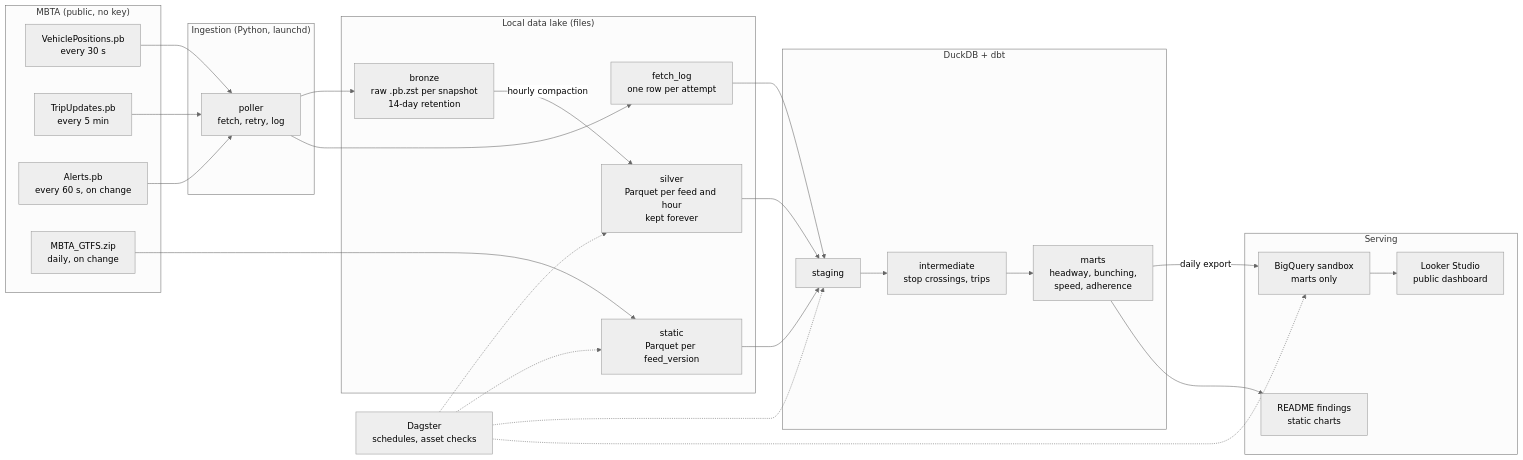
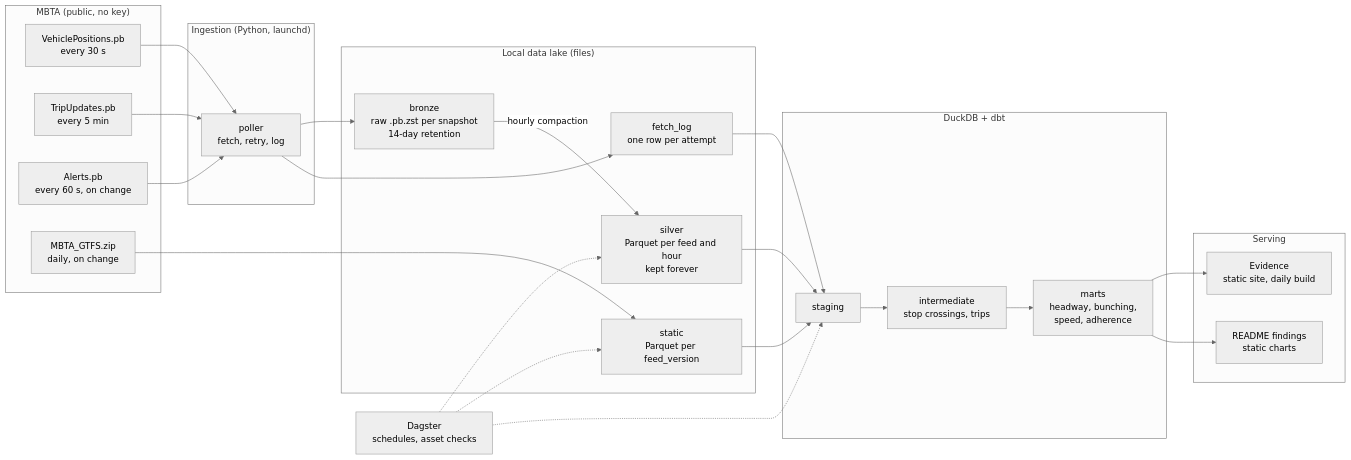
One commit to elDiego5599/mbta-reliability-pipeline changed the diagram in docs/architecture.md. Above: the diagram before and after it, drawn with Mermaid (neutral theme). The commit also changed other lines of this file and 7 other files, not shown here.

First line of the commit message:
Update docs to an Evidence dashboard on DuckDB

````diff
--- a/docs/architecture.md
+++ b/docs/architecture.md
@@ -22,46 +22,44 @@
 ```mermaid
 flowchart LR
     subgraph MBTA["MBTA (public, no key)"]
         VP["VehiclePositions.pb<br/>every 30 s"]
         TU["TripUpdates.pb<br/>every 5 min"]
         AL["Alerts.pb<br/>every 60 s, on change"]
         GT["MBTA_GTFS.zip<br/>daily, on change"]
     end
 
     subgraph Ingest["Ingestion (Python, launchd)"]
         P["poller<br/>fetch, retry, log"]
     end
 
     subgraph Lake["Local data lake (files)"]
         B["bronze<br/>raw .pb.zst per snapshot<br/>14-day retention"]
         S["silver<br/>Parquet per feed and hour<br/>kept forever"]
         ST["static<br/>Parquet per feed_version"]
         FL["fetch_log<br/>one row per attempt"]
     end
 
     subgraph Warehouse["DuckDB + dbt"]
         STG["staging"]
         INT["intermediate<br/>stop crossings, trips"]
         MRT["marts<br/>headway, bunching,<br/>speed, adherence"]
     end
 
     subgraph Serve["Serving"]
-        BQ["BigQuery sandbox<br/>marts only"]
-        LS["Looker Studio<br/>public dashboard"]
+        EV["Evidence<br/>static site, daily build"]
         RD["README findings<br/>static charts"]
     end
 
     VP & TU & AL --> P
     P --> B
     P --> FL
     GT --> ST
     B -->|hourly compaction| S
     S & ST & FL --> STG --> INT --> MRT
-    MRT -->|daily export| BQ --> LS
+    MRT --> EV
     MRT --> RD
 
     D["Dagster<br/>schedules, asset checks"] -.-> S
     D -.-> ST
     D -.-> STG
-    D -.-> BQ
 ```
````
